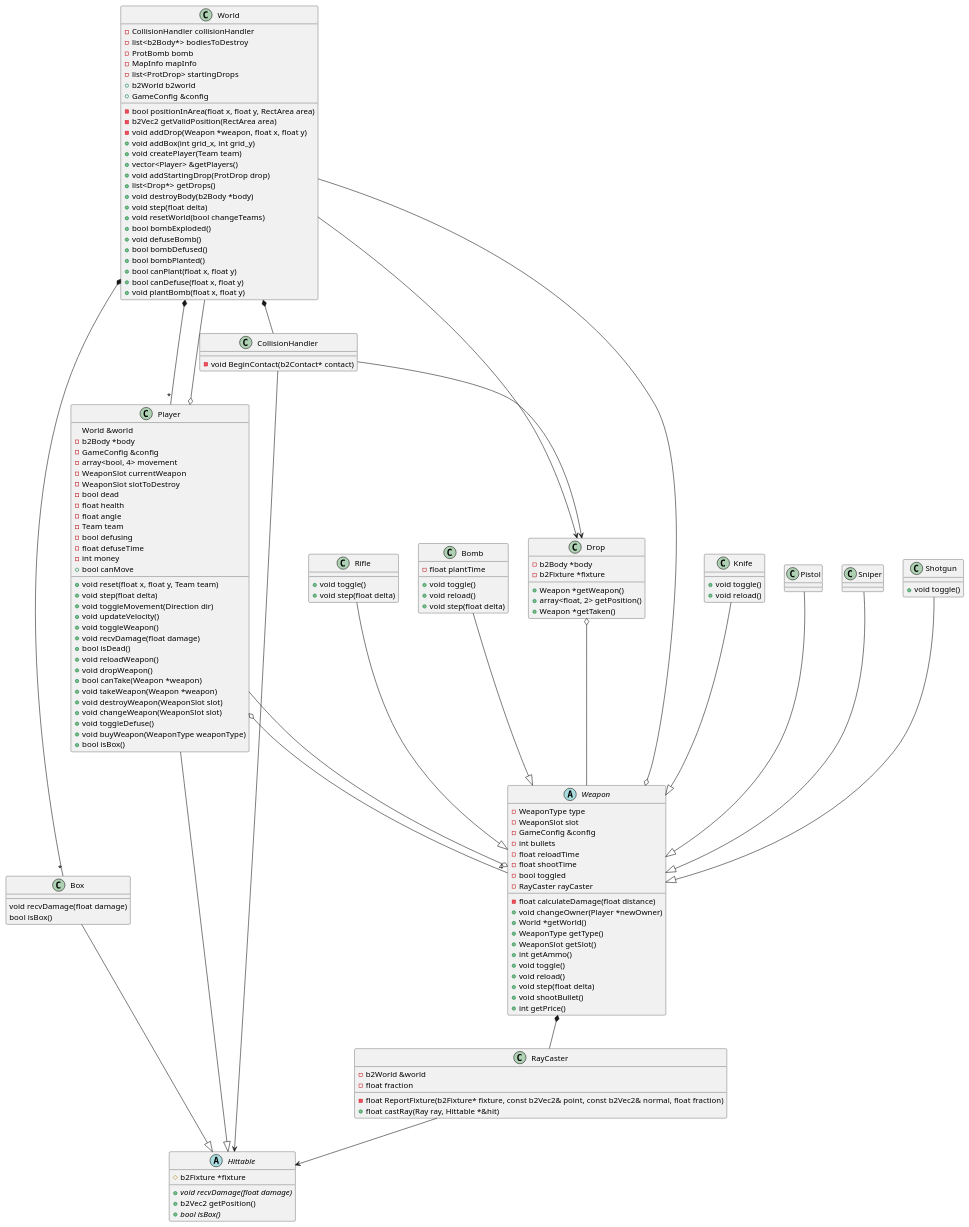
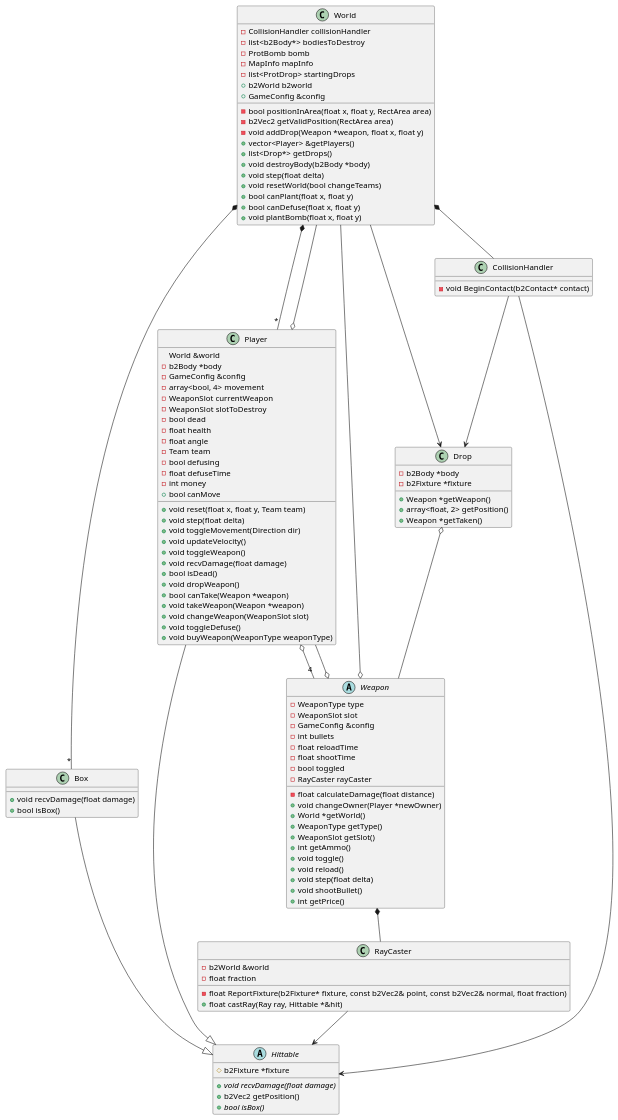
Before and after one commit to SantiagoLocatelli/TP-Final-Counter2D: the diagram in informe/plantuml/UMLServer3.plantuml, drawn with PlantUML. The commit also changed 9 other files, not shown here.

```diff
--- a/informe/plantuml/UMLServer3.plantuml
+++ b/informe/plantuml/UMLServer3.plantuml
@@ -1,166 +1,127 @@
 @startuml
 class World{
     - CollisionHandler collisionHandler
     - list<b2Body*> bodiesToDestroy
     - ProtBomb bomb
     - MapInfo mapInfo
     - list<ProtDrop> startingDrops
     + b2World b2world
     + GameConfig &config     
 
     - bool positionInArea(float x, float y, RectArea area)
     - b2Vec2 getValidPosition(RectArea area)
     - void addDrop(Weapon *weapon, float x, float y)
-    + void addBox(int grid_x, int grid_y)
-    + void createPlayer(Team team)
     + vector<Player> &getPlayers()
-    + void addStartingDrop(ProtDrop drop)
     + list<Drop*> getDrops()
     + void destroyBody(b2Body *body)
     + void step(float delta)
     + void resetWorld(bool changeTeams)  
-    + bool bombExploded()
-    + void defuseBomb()
-    + bool bombDefused()
-    + bool bombPlanted()
     + bool canPlant(float x, float y)
     + bool canDefuse(float x, float y)
     + void plantBomb(float x, float y)
 }
 
 class Player{
 World &world
     - b2Body *body
     - GameConfig &config
     - array<bool, 4> movement
     - WeaponSlot currentWeapon
     - WeaponSlot slotToDestroy
     - bool dead
     - float health
     - float angle
     - Team team
     - bool defusing
     - float defuseTime
     - int money
     + bool canMove
 
     + void reset(float x, float y, Team team)
     + void step(float delta)
     + void toggleMovement(Direction dir)
     + void updateVelocity()
     + void toggleWeapon()
     + void recvDamage(float damage)
     + bool isDead() 
-    + void reloadWeapon()
     + void dropWeapon()
     + bool canTake(Weapon *weapon)
     + void takeWeapon(Weapon *weapon)
-    + void destroyWeapon(WeaponSlot slot)
     + void changeWeapon(WeaponSlot slot)
     + void toggleDefuse()
     + void buyWeapon(WeaponType weaponType)
-    + bool isBox()
 }
 
 class Box{
-    void recvDamage(float damage) 
-    bool isBox() 
+    + void recvDamage(float damage) 
+    + bool isBox() 
 }
 
 abstract Hittable{
     # b2Fixture *fixture
 
     + {abstract} void recvDamage(float damage)
     + b2Vec2 getPosition()
     + {abstract} bool isBox() 
 }
 
 class CollisionHandler{
     - void BeginContact(b2Contact* contact)      
 }
 
 class Drop{
     - b2Body *body
     - b2Fixture *fixture
 
     + Weapon *getWeapon()
     + array<float, 2> getPosition()
     + Weapon *getTaken()
 }
 
 class RayCaster{
     - b2World &world
     - float fraction
 
     - float ReportFixture(b2Fixture* fixture, const b2Vec2& point, const b2Vec2& normal, float fraction)
     + float castRay(Ray ray, Hittable *&hit)
 }
 
 abstract Weapon{
     - WeaponType type
     - WeaponSlot slot
     - GameConfig &config
     - int bullets
     - float reloadTime
     - float shootTime
     - bool toggled
     - RayCaster rayCaster
 
     - float calculateDamage(float distance)
     + void changeOwner(Player *newOwner)
     + World *getWorld()
     + WeaponType getType()
     + WeaponSlot getSlot()
     + int getAmmo()
     + void toggle()
     + void reload()
     + void step(float delta)
     + void shootBullet()
     + int getPrice()
 }
 
-class Knife{
-    + void toggle() 
-    + void reload() 
-}
-
-class Pistol
-class Sniper
-class Shotgun{
-    + void toggle()
-}
-class Rifle{
-    + void toggle() 
-    + void step(float delta) 
-}
-
-class Bomb{
-    - float plantTime
-        
-    + void toggle() 
-    + void reload() 
-    + void step(float delta) 
-}
-
 World *-- CollisionHandler
 World *-- "*" Player
 World *-- "*" Box
 World --> Drop
 CollisionHandler --> Hittable
 CollisionHandler --> Drop
 Box --|> Hittable
 Player o-- World
 Player --|> Hittable
 Player o-- "4" Weapon
 RayCaster --> Hittable
 Drop o-- Weapon
 Weapon *-- RayCaster
 Weapon o-- Player
 Weapon o-- World
-Knife --|> Weapon
-Pistol --|> Weapon
-Sniper --|> Weapon
-Shotgun --|> Weapon
-Rifle --|> Weapon
-Bomb --|> Weapon
 @enduml
```
